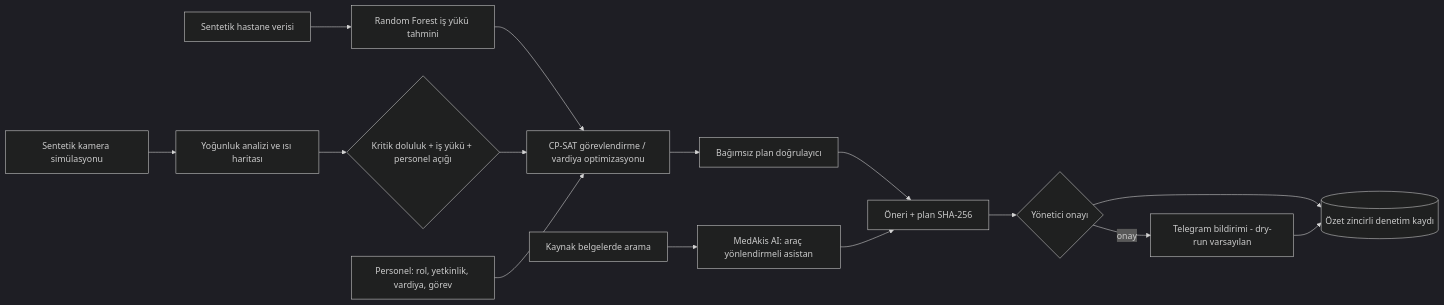
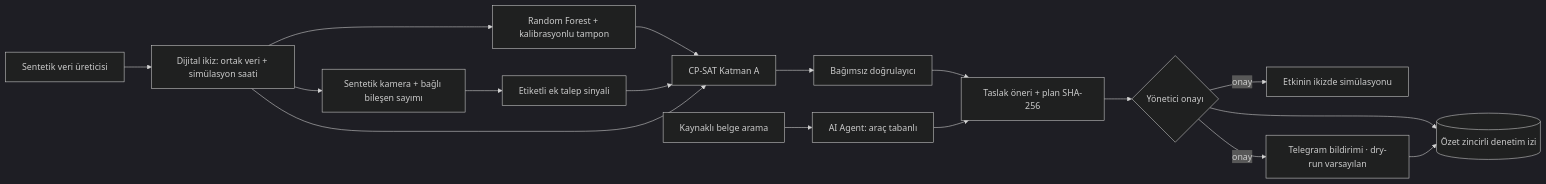
Before and after one commit to beyzademirrr/Medakis--son-: the diagram in README.md, drawn with Mermaid (dark theme). The commit also changed other lines of this file and 39 other files, not shown here.

````diff
--- a/README.md
+++ b/README.md
@@ -58,17 +135,19 @@
 ```mermaid
 flowchart LR
-    CAM[Sentetik kamera simülasyonu] --> DEN[Yoğunluk analizi ve ısı haritası]
-    DATA[Sentetik hastane verisi] --> ML[Random Forest iş yükü tahmini]
-    DEN --> RULE{Kritik doluluk + iş yükü + personel açığı}
-    ML --> OPT
-    RULE --> OPT[CP-SAT görevlendirme / vardiya optimizasyonu]
-    STAFF[Personel: rol, yetkinlik, vardiya, görev] --> OPT
-    OPT --> VER[Bağımsız plan doğrulayıcı]
-    VER --> PROP[Öneri + plan SHA-256]
-    AI[MedAkis AI: araç yönlendirmeli asistan] --> PROP
-    RAG[Kaynak belgelerde arama] --> AI
+    GEN[Sentetik veri üreticisi] --> TWIN[Dijital ikiz: ortak veri + simülasyon saati]
+    TWIN --> CAM[Sentetik kamera + bağlı bileşen sayımı]
+    TWIN --> FC[Random Forest + kalibrasyonlu tampon]
+    CAM --> SIG[Etiketli ek talep sinyali]
+    FC --> OPT[CP-SAT Katman A]
+    SIG --> OPT
+    TWIN --> OPT
+    OPT --> VER[Bağımsız doğrulayıcı]
+    VER --> PROP[Taslak öneri + plan SHA-256]
+    AGENT[AI Agent: araç tabanlı] --> PROP
+    RAG[Kaynaklı belge arama] --> AGENT
     PROP --> APP{Yönetici onayı}
-    APP -->|onay| NOTE[Telegram bildirimi - dry-run varsayılan]
-    APP --> AUD[(Özet zincirli denetim kaydı)]
-    NOTE --> AUD
+    APP -->|onay| SIM[Etkinin ikizde simülasyonu]
+    APP -->|onay| TG[Telegram bildirimi · dry-run varsayılan]
+    APP --> AUD[(Özet zincirli denetim izi)]
+    TG --> AUD
 ```
````
